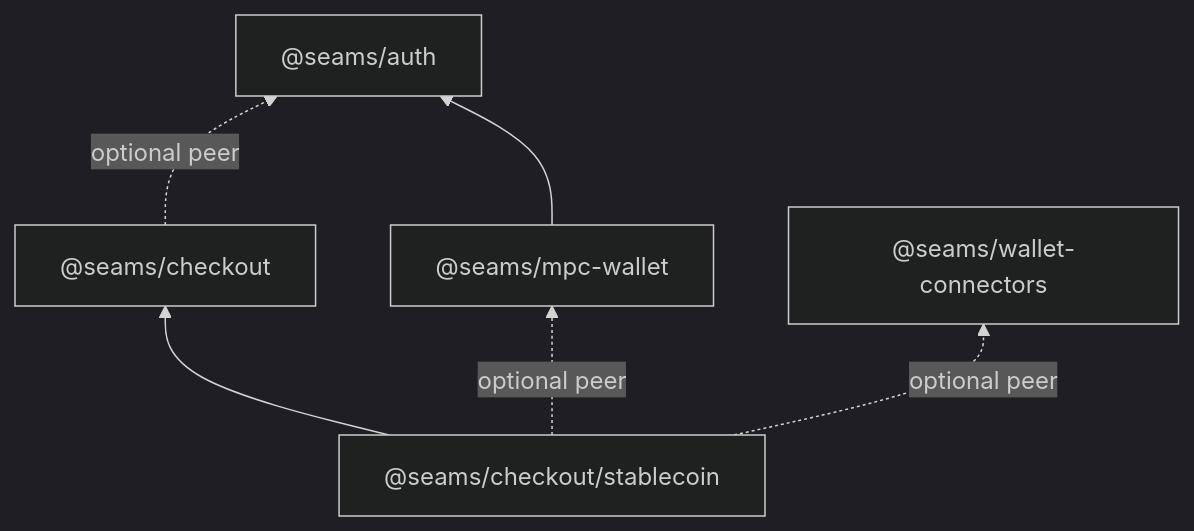
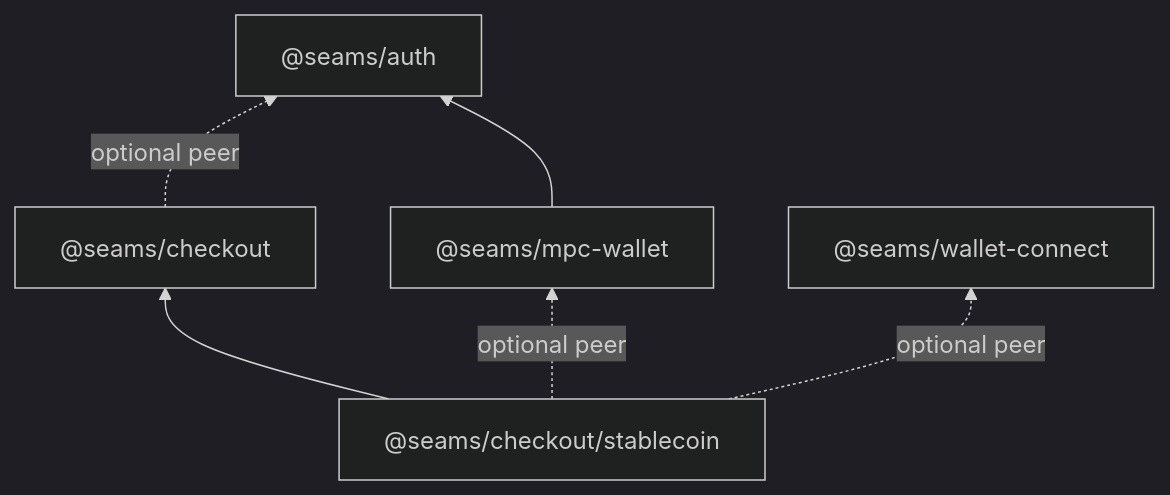
Before and after one commit to seams-tech/seams-wallet: the first of 4 diagrams in docs/refactor-250-seams-checkout.md, drawn with Mermaid (dark theme). The commit also changed other lines of this file and 1 other file, not shown here.

Commit message:
Plan: name the connectors package wallet-connect

````diff
--- a/docs/refactor-250-seams-checkout.md
+++ b/docs/refactor-250-seams-checkout.md
@@ -268,9 +268,9 @@
 ```mermaid
 flowchart BT
     Auth["@seams/auth"]
     Checkout["@seams/checkout"] -. optional peer .-> Auth
     Rail["@seams/checkout/stablecoin"] --> Checkout
     Rail -. optional peer .-> Wallet["@seams/mpc-wallet"]
-    Rail -. optional peer .-> External["@seams/wallet-connectors"]
+    Rail -. optional peer .-> External["@seams/wallet-connect"]
     Wallet --> Auth
 ```
````
